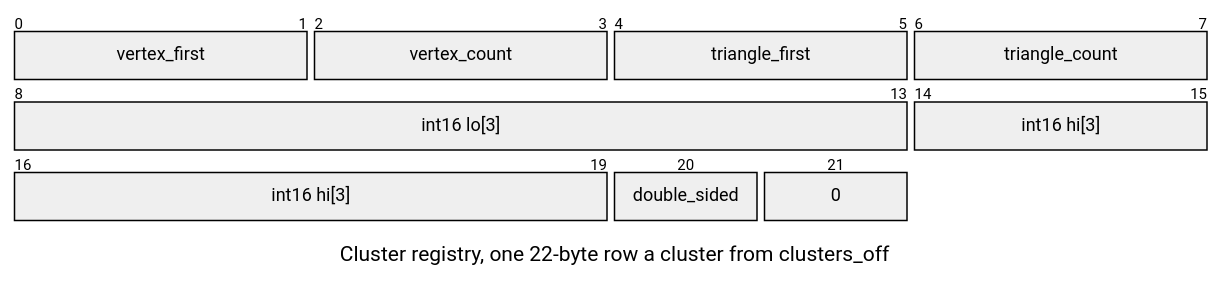
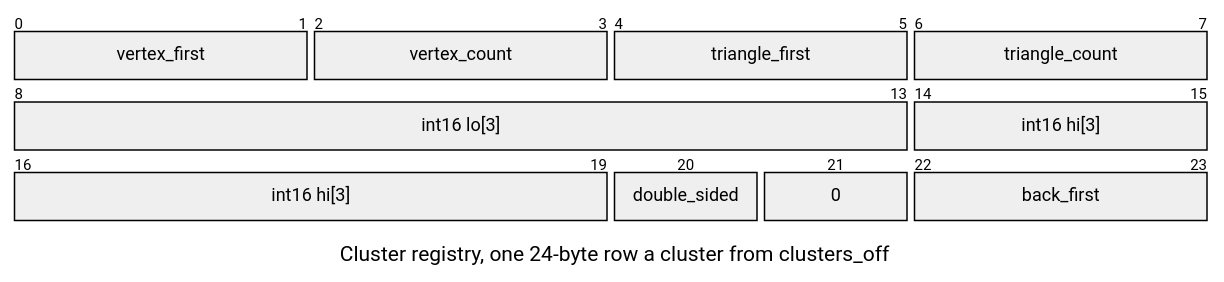
The second of 8 diagrams in docs/assets/formats/LMSH.md (jose-villegas/autana), drawn with Mermaid before and after one commit. The commit also changed other lines of this file and 34 other files, not shown here.

First line of the commit message:
r3d: two-sided materials carry back colours; LMSH clusters gain back_first (24 B), LCOL v2 sets hold front then back, the raster picks the side by winding

````diff
--- a/docs/assets/formats/LMSH.md
+++ b/docs/assets/formats/LMSH.md
@@ -36,19 +42,20 @@
 ```mermaid
 ---
 config:
-  themeCSS: "g:nth-of-type(2) rect:nth-of-type(1) { fill: #e3e3e3 !important; } g:nth-of-type(2) rect:nth-of-type(2) { fill: #93d6b0 !important; } g:nth-of-type(2) rect:nth-of-type(3) { fill: #e3e3e3 !important; } g:nth-of-type(2) rect:nth-of-type(4) { fill: #93d6b0 !important; } g:nth-of-type(3) rect:nth-of-type(1) { fill: #e3e3e3 !important; } g:nth-of-type(3) rect:nth-of-type(2) { fill: #e3e3e3 !important; } g:nth-of-type(4) rect:nth-of-type(1) { fill: #e3e3e3 !important; } g:nth-of-type(4) rect:nth-of-type(2) { fill: #e3e3e3 !important; } g:nth-of-type(4) rect:nth-of-type(3) { fill: #ffffff !important; stroke-dasharray: 4 3 !important; } .packetLabel { fill: #1b1b1b !important; }"
+  themeCSS: "g:nth-of-type(2) rect:nth-of-type(1) { fill: #e3e3e3 !important; } g:nth-of-type(2) rect:nth-of-type(2) { fill: #93d6b0 !important; } g:nth-of-type(2) rect:nth-of-type(3) { fill: #e3e3e3 !important; } g:nth-of-type(2) rect:nth-of-type(4) { fill: #93d6b0 !important; } g:nth-of-type(3) rect:nth-of-type(1) { fill: #e3e3e3 !important; } g:nth-of-type(3) rect:nth-of-type(2) { fill: #e3e3e3 !important; } g:nth-of-type(4) rect:nth-of-type(1) { fill: #e3e3e3 !important; } g:nth-of-type(4) rect:nth-of-type(2) { fill: #e3e3e3 !important; } g:nth-of-type(4) rect:nth-of-type(3) { fill: #ffffff !important; stroke-dasharray: 4 3 !important; } g:nth-of-type(4) rect:nth-of-type(4) { fill: #93d6b0 !important; } .packetLabel { fill: #1b1b1b !important; }"
   packet:
     bitsPerRow: 8
     bitWidth: 100
 ---
 packet-beta
-title Cluster registry, one 22-byte row a cluster from clusters_off
+title Cluster registry, one 24-byte row a cluster from clusters_off
 0-1: "vertex_first"
 2-3: "vertex_count"
 4-5: "triangle_first"
 6-7: "triangle_count"
 8-13: "int16 lo[3]"
 14-19: "int16 hi[3]"
 20: "double_sided"
 21: "0"
+22-23: "back_first"
 ```
````
